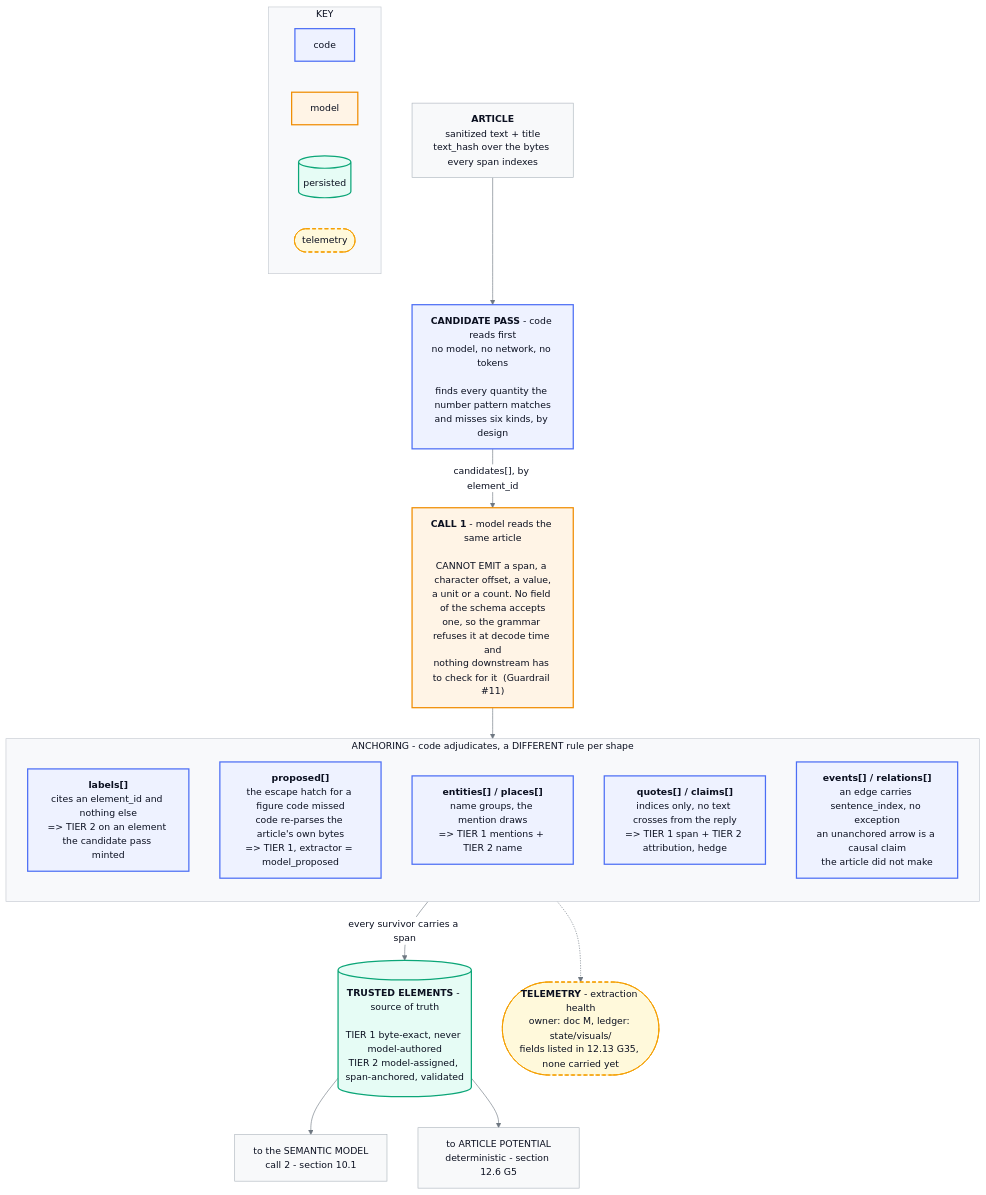
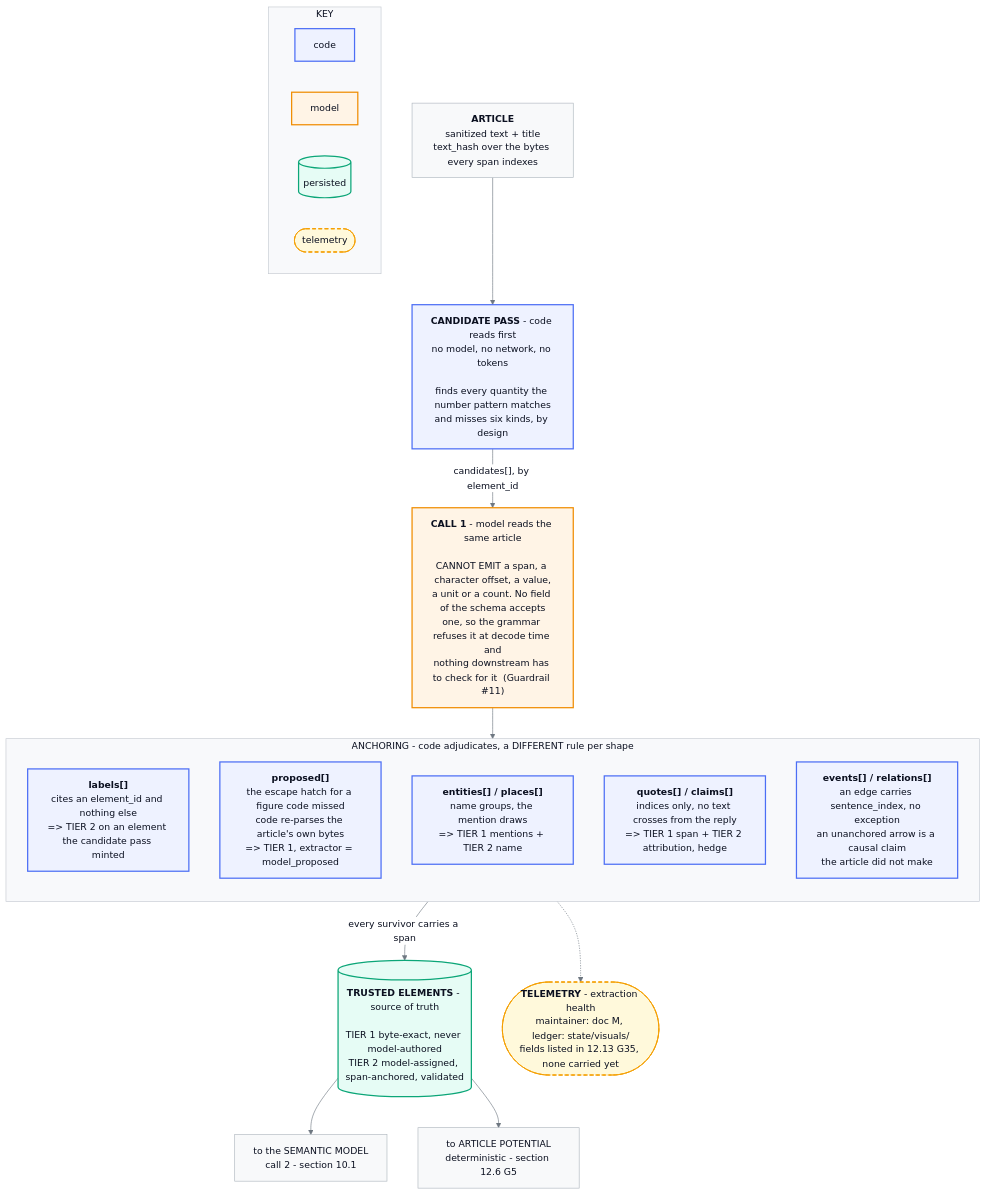
One commit to miztiik/yen-idhazh changed the second of 2 diagrams in TODO/20260902-visual-planner-pseudo-plan.md. Above: the diagram before and after it, drawn with Mermaid. The commit also changed other lines of this file and 212 other files, not shown here.

````diff
--- a/TODO/20260902-visual-planner-pseudo-plan.md
+++ b/TODO/20260902-visual-planner-pseudo-plan.md
@@ -834,54 +834,54 @@
 ```mermaid
 %%{init: {"theme":"base","themeVariables":{"fontSize":"15px","fontFamily":"ui-monospace, SFMono-Regular, Menlo, Consolas, monospace","background":"#ffffff","mainBkg":"#ffffff","edgeLabelBackground":"#ffffff","labelBackground":"#ffffff","textColor":"#0b1020","titleColor":"#0b1020","nodeTextColor":"#0b1020","secondaryTextColor":"#0b1020","tertiaryTextColor":"#0b1020","lineColor":"#6e7781","primaryColor":"#eef2ff","primaryBorderColor":"#4c6ef5","primaryTextColor":"#0b1020","clusterBkg":"#f8f9fb","clusterBorder":"#c3c8d0"}}}%%
 flowchart TD
 
   ART["<b>ARTICLE</b><br/>sanitized text + title<br/>text_hash over the bytes every span indexes"]
 
   CP["<b>CANDIDATE PASS</b> - code reads first<br/>no model, no network, no tokens<br/><br/>finds every quantity the number pattern matches<br/>and misses six kinds, by design"]
 
   C1["<b>CALL 1</b> - model reads the same article<br/><br/>CANNOT EMIT a span, a character offset, a value,<br/>a unit or a count. No field of the schema accepts<br/>one, so the grammar refuses it at decode time and<br/>nothing downstream has to check for it  (Guardrail #11)"]
 
   subgraph ANCH["ANCHORING - code adjudicates, a DIFFERENT rule per shape"]
     direction TB
     A1["<b>labels[]</b><br/>cites an element_id and nothing else<br/>=&gt; TIER 2 on an element the candidate pass minted"]
     A2["<b>proposed[]</b><br/>the escape hatch for a figure code missed<br/>code re-parses the article's own bytes<br/>=&gt; TIER 1, extractor = model_proposed"]
     A3["<b>entities[] / places[]</b><br/>name groups, the mention draws<br/>=&gt; TIER 1 mentions + TIER 2 name"]
     A4["<b>quotes[] / claims[]</b><br/>indices only, no text crosses from the reply<br/>=&gt; TIER 1 span + TIER 2 attribution, hedge"]
     A5["<b>events[] / relations[]</b><br/>an edge carries sentence_index, no exception<br/>an unanchored arrow is a causal claim<br/>the article did not make"]
   end
 
   TE[("<b>TRUSTED ELEMENTS</b> - source of truth<br/><br/>TIER 1 byte-exact, never model-authored<br/>TIER 2 model-assigned, span-anchored, validated")]
 
   OUT1["to the SEMANTIC MODEL<br/>call 2 - section 10.1"]
   OUT2["to ARTICLE POTENTIAL<br/>deterministic - section 12.6 G5"]
 
   ART --> CP
   CP -->|"candidates[], by element_id"| C1
   C1 --> ANCH
   ANCH -->|"every survivor carries a span"| TE
   TE --> OUT1
   TE --> OUT2
 
-  TEL1(["<b>TELEMETRY</b> - extraction health<br/>owner: doc M, ledger: state/visuals/<br/>fields listed in 12.13 G35, none carried yet"])
+  TEL1(["<b>TELEMETRY</b> - extraction health<br/>maintainer: doc M, ledger: state/visuals/<br/>fields listed in 12.13 G35, none carried yet"])
   ANCH -.-> TEL1
 
   subgraph KEY["KEY"]
     direction LR
     K1["code"]
     K2["model"]
     K3[("persisted")]
     K4(["telemetry"])
   end
 
   classDef code fill:#eef2ff,stroke:#4c6ef5,stroke-width:2px,color:#0b1020;
   classDef model fill:#fff4e6,stroke:#f08c00,stroke-width:2px,color:#0b1020;
   classDef ledger fill:#e6fcf5,stroke:#0ca678,stroke-width:2px,color:#0b1020;
   classDef plain fill:#f8f9fa,stroke:#adb5bd,stroke-width:1px,color:#0b1020;
   classDef telem fill:#fff9db,stroke:#f59f00,stroke-width:1.5px,color:#0b1020,stroke-dasharray: 6 4;
 
   class ART,OUT1,OUT2 plain;
   class CP,A1,A2,A3,A4,A5,K1 code;
   class C1,K2 model;
   class TE,K3 ledger;
   class TEL1,K4 telem;
 ```
````
